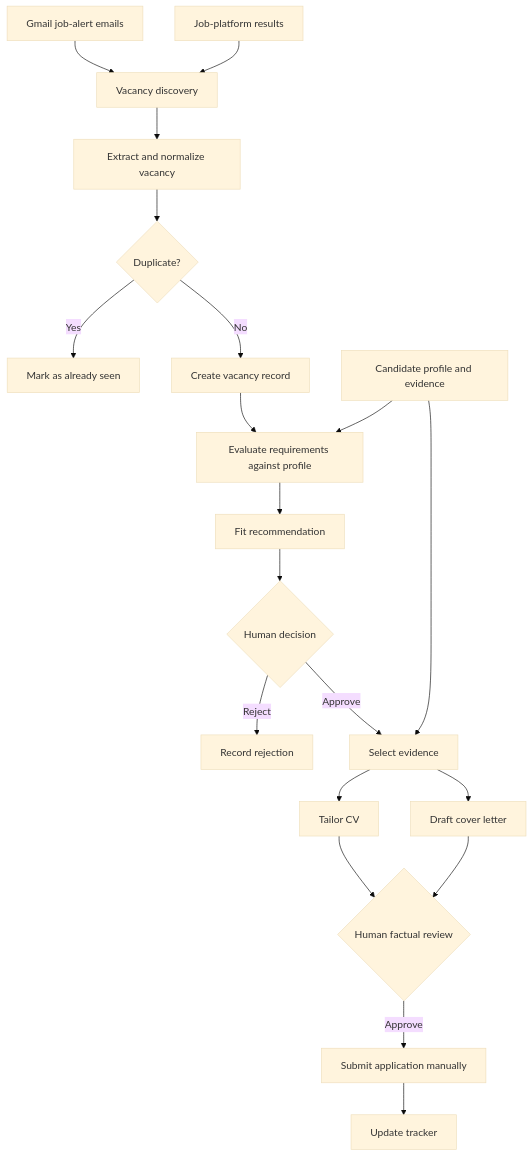
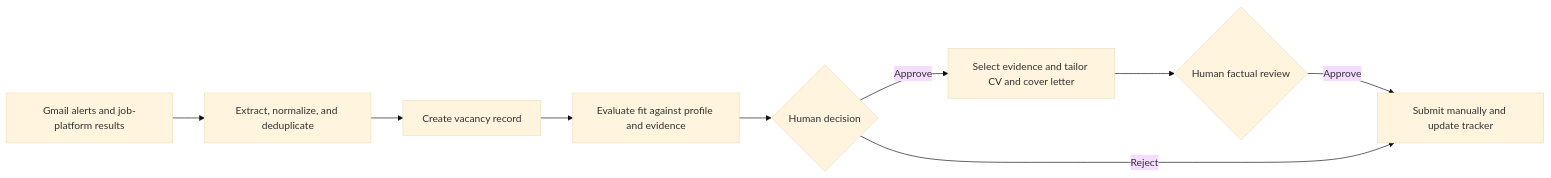
The diagram in README.md (nikabaqradze20-web/evidence-led-job-search-system), drawn with Mermaid (base theme) before and after one commit.

Commit message:
Refactor architecture diagram in README.md

````diff
--- a/README.md
+++ b/README.md
@@ -30,30 +31,15 @@
 ```mermaid
-flowchart TD
-    A[Gmail job-alert emails] --> C[Vacancy discovery]
-    B[Job-platform results] --> C
+flowchart LR
+    A[Gmail alerts and job-platform results]
+    B[Extract, normalize, and deduplicate]
+    C[Create vacancy record]
+    D[Evaluate fit against profile and evidence]
+    E{Human decision}
+    F[Select evidence and tailor CV and cover letter]
+    G{Human factual review}
+    H[Submit manually and update tracker]
 
-    C --> D[Extract and normalize vacancy]
-    D --> E{Duplicate?}
-
-    E -->|Yes| F[Mark as already seen]
-    E -->|No| G[Create vacancy record]
-
-    G --> H[Evaluate requirements against profile]
-    P[Candidate profile and evidence] --> H
-
-    H --> I[Fit recommendation]
-    I --> J{Human decision}
-
-    J -->|Reject| K[Record rejection]
-    J -->|Approve| L[Select evidence]
-
-    P --> L
-    L --> M[Tailor CV]
-    L --> N[Draft cover letter]
-
-    M --> O{Human factual review}
-    N --> O
-
-    O -->|Approve| Q[Submit application manually]
-    Q --> R[Update tracker]
+    A --> B --> C --> D --> E
+    E -->|Approve| F --> G -->|Approve| H
+    E -->|Reject| H
 ```
````
